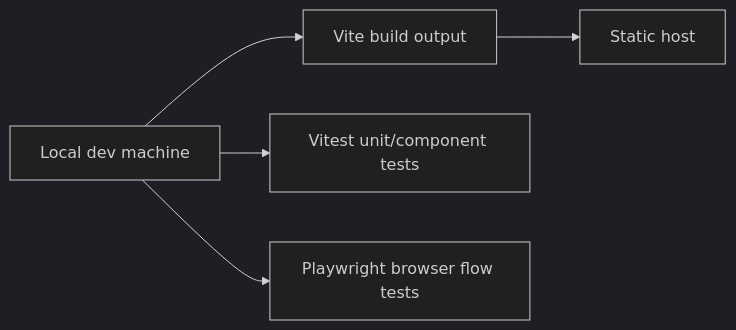
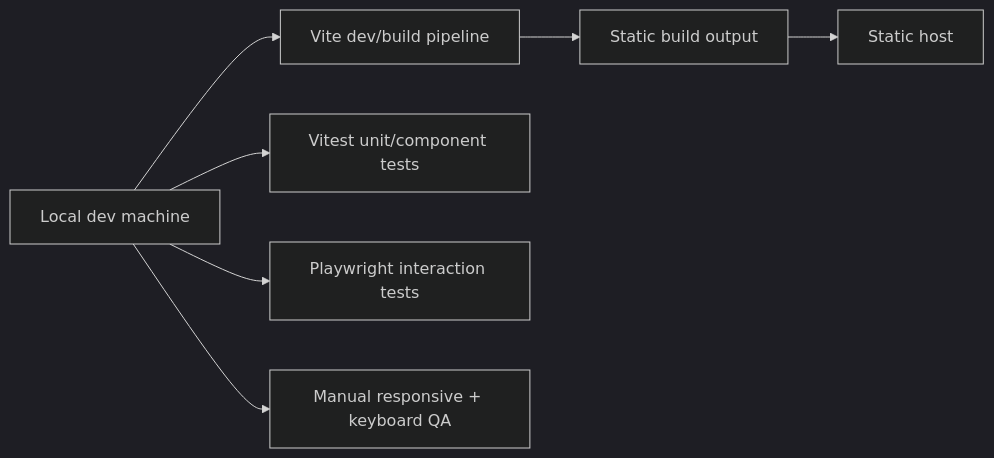
One commit to superiority-claw-agent/contrast-workbench-spark-0606 changed the eighth of 8 diagrams in docs/architecture/c4.md. Above: the diagram before and after it, drawn with Mermaid (dark theme). The commit also changed other lines of this file and 26 other files, not shown here.

````diff
--- a/docs/architecture/c4.md
+++ b/docs/architecture/c4.md
@@ -117,7 +197,9 @@
 ```mermaid
 graph LR
-    Dev["Local dev machine"] --> Build["Vite build output"]
-    Build --> Host["Static host"]
+    Dev["Local dev machine"] --> App["Vite dev/build pipeline"]
+    App --> Static["Static build output"]
+    Static --> Host["Static host"]
     Dev --> Unit["Vitest unit/component tests"]
-    Dev --> E2E["Playwright browser flow tests"]
+    Dev --> E2E["Playwright interaction tests"]
+    Dev --> QA["Manual responsive + keyboard QA"]
 ```
````
